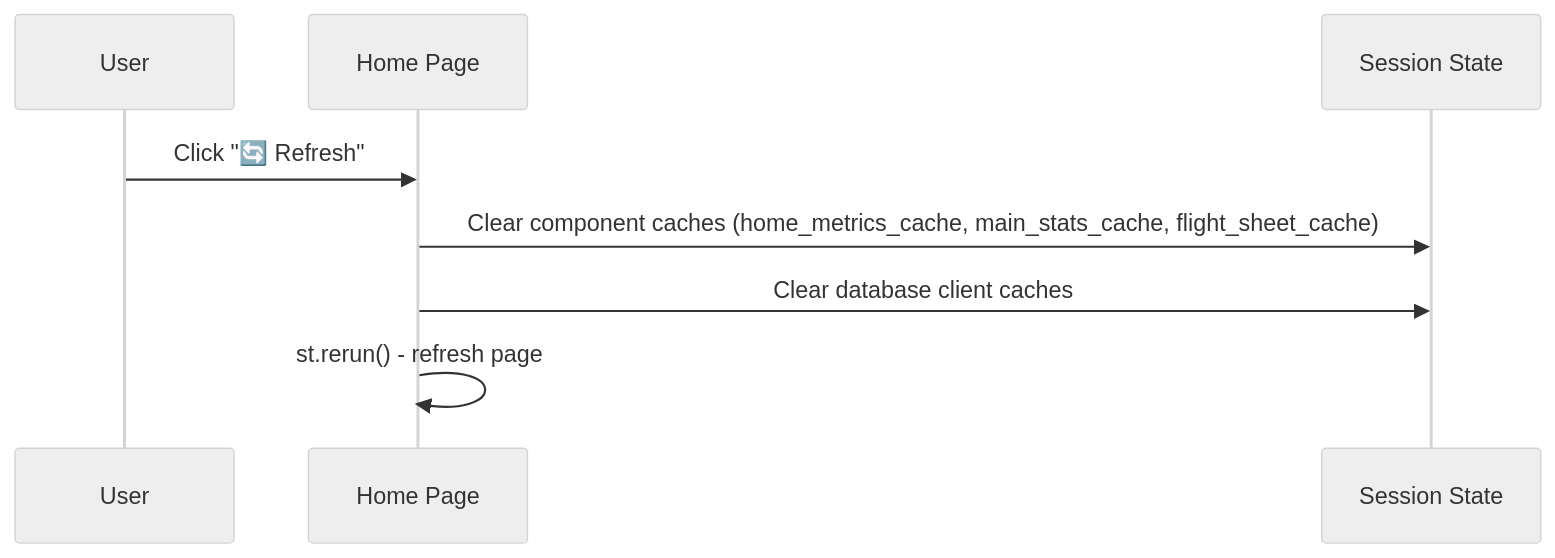
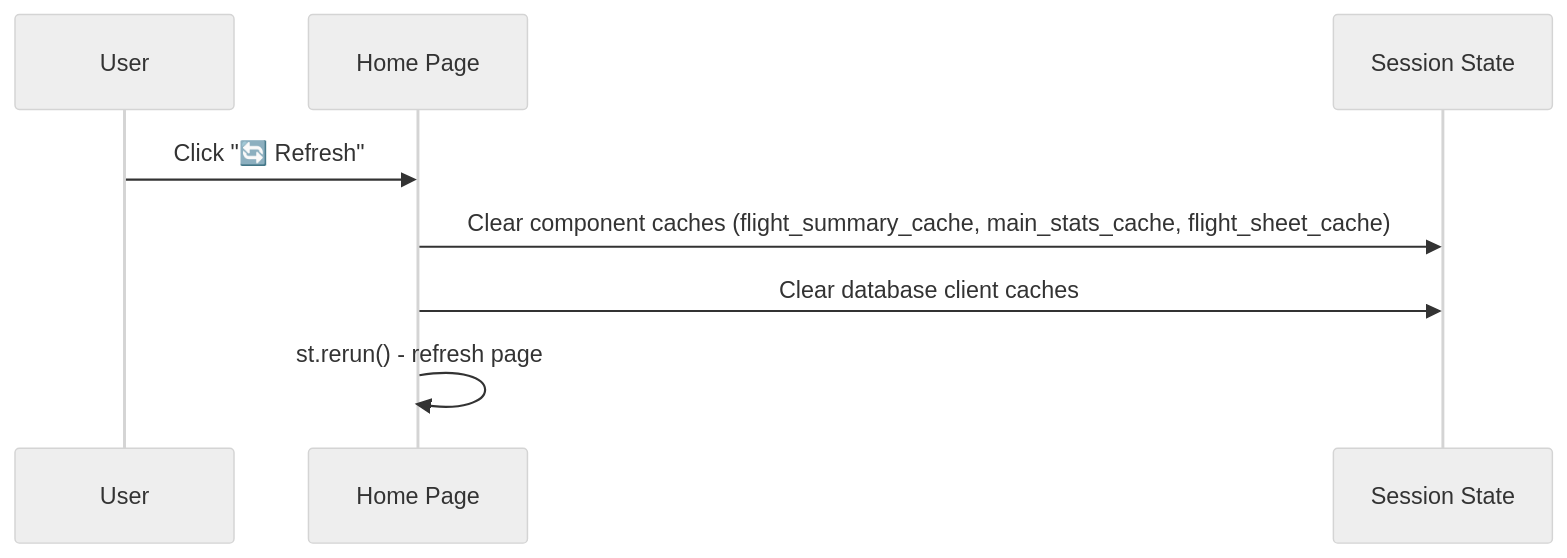
The second of 2 diagrams in resources/technical_api_documentation.md (gostnort/FlightCheckPy), drawn with Mermaid (neutral theme) before and after one commit. The commit also changed other lines of this file and 34 other files, not shown here.

````diff
--- a/resources/technical_api_documentation.md
+++ b/resources/technical_api_documentation.md
@@ -1833,11 +1807,11 @@
 ```mermaid
 sequenceDiagram
     participant User
     participant UI as Home Page
     participant Cache as Session State
 
     User->>UI: Click "🔄 Refresh"
-    UI->>Cache: Clear component caches (home_metrics_cache, main_stats_cache, flight_sheet_cache)
+    UI->>Cache: Clear component caches (flight_summary_cache, main_stats_cache, flight_sheet_cache)
     UI->>Cache: Clear database client caches
     UI->>UI: st.rerun() - refresh page
 ```
````
